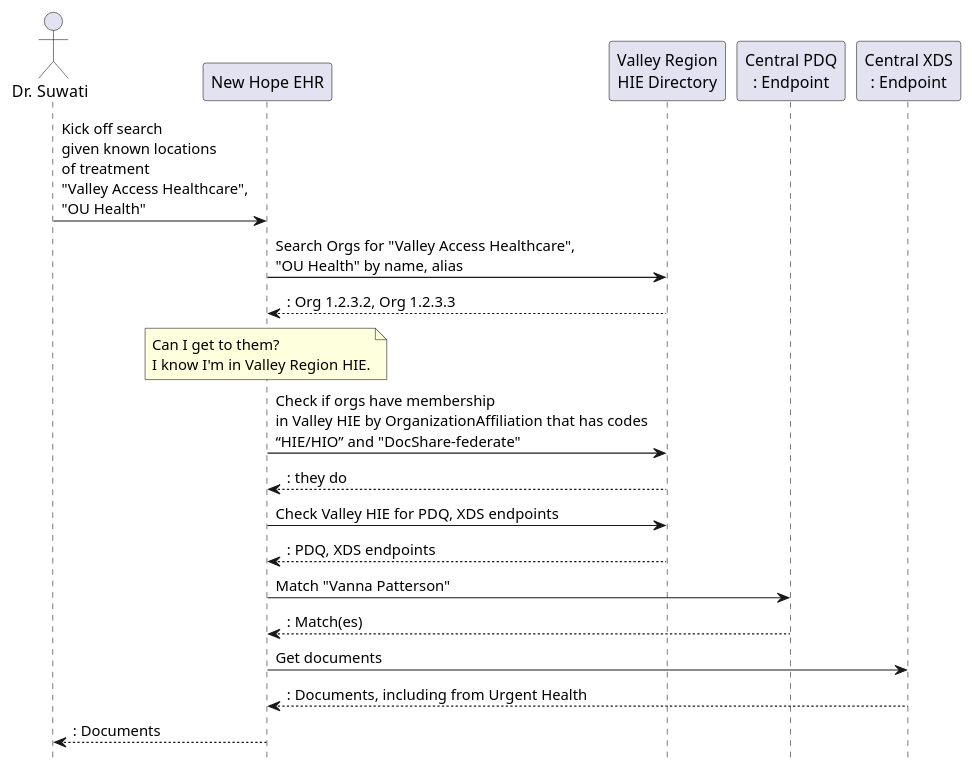
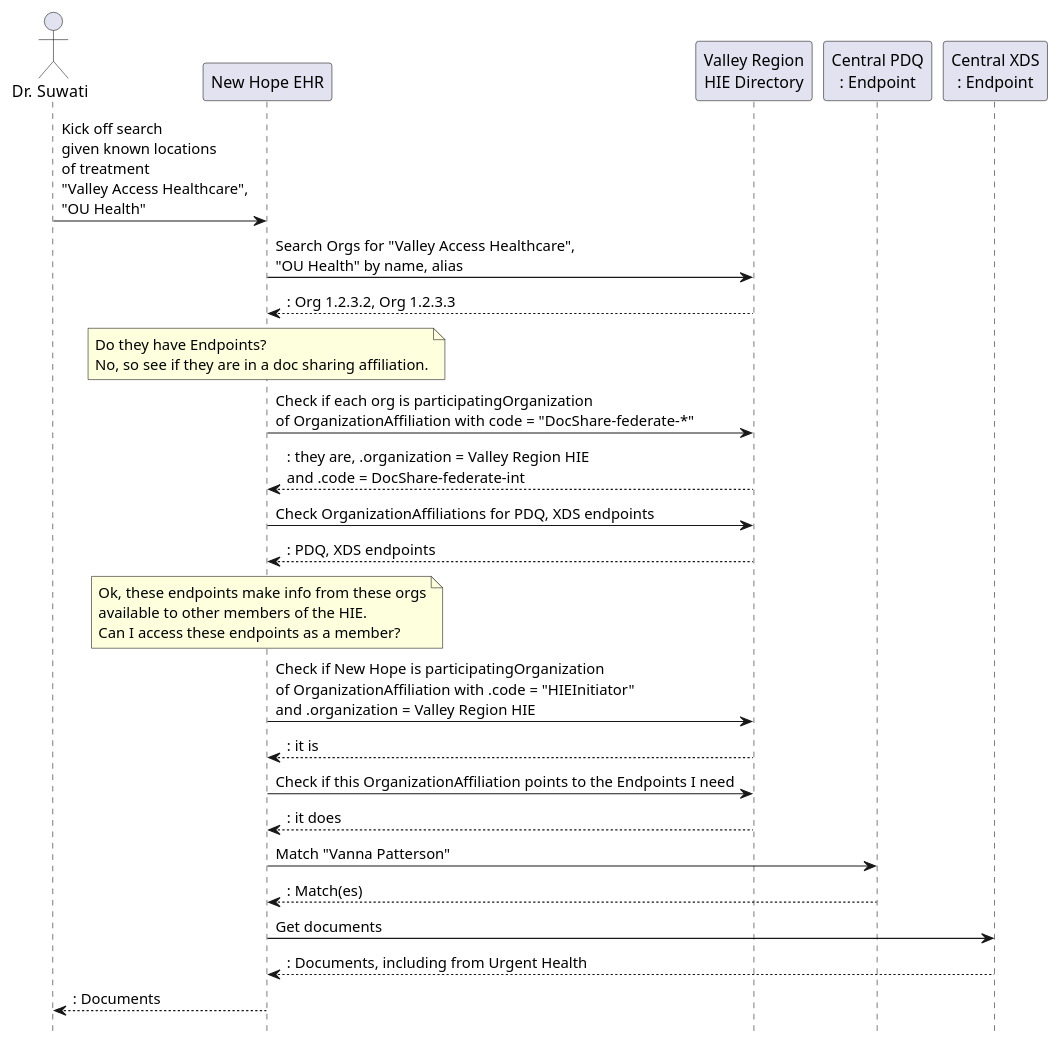
The diagram in images-source/access-intra-central-orgAff-seq.plantuml (IHE/ITI.Topologies), drawn with PlantUML before and after one commit.

Commit message:
Added latest endpoint discovery logic

```diff
--- a/images-source/access-intra-central-orgAff-seq.plantuml
+++ b/images-source/access-intra-central-orgAff-seq.plantuml
@@ -1,29 +1,35 @@
-@startuml access-intra-central-orgAff-seq
+@startuml
 hide footbox
 
 actor "Dr. Suwati" as actor1
 participant "New Hope EHR" as ehr
 participant "Valley Region\nHIE Directory" as dir
 participant "Central PDQ\n: Endpoint" as xcpd
 participant "Central XDS\n: Endpoint" as xca
 
 
 actor1 -> ehr: Kick off search\ngiven known locations\nof treatment\n"Valley Access Healthcare",\n"OU Health"
 ehr -> dir: Search Orgs for "Valley Access Healthcare",\n"OU Health" by name, alias
 dir --> ehr: : Org 1.2.3.2, Org 1.2.3.3
-note over ehr : Can I get to them?\nI know I'm in Valley Region HIE.
+note over ehr : Do they have Endpoints?\nNo, so see if they are in a doc sharing affiliation.
 
-ehr -> dir: Check if orgs have membership\nin Valley HIE by OrganizationAffiliation that has codes\n“HIE/HIO” and "DocShare-federate"
-dir --> ehr: : they do
+ehr -> dir: Check if each org is participatingOrganization\nof OrganizationAffiliation with code = "DocShare-federate-*"
+dir --> ehr: : they are, .organization = Valley Region HIE\nand .code = DocShare-federate-int
 
-ehr -> dir: Check Valley HIE for PDQ, XDS endpoints
+ehr -> dir: Check OrganizationAffiliations for PDQ, XDS endpoints
 dir --> ehr: : PDQ, XDS endpoints
+
+note over ehr : Ok, these endpoints make info from these orgs\navailable to other members of the HIE.\nCan I access these endpoints as a member?
+ehr -> dir: Check if New Hope is participatingOrganization\nof OrganizationAffiliation with .code = "HIEInitiator"\nand .organization = Valley Region HIE
+dir --> ehr: : it is
+ehr -> dir: Check if this OrganizationAffiliation points to the Endpoints I need
+dir --> ehr: : it does
 
 ehr -> xcpd : Match "Vanna Patterson"
 xcpd --> ehr: : Match(es)
 
 ehr -> xca : Get documents
 xca --> ehr: : Documents, including from Urgent Health
 ehr --> actor1: : Documents
 
 @enduml
```
